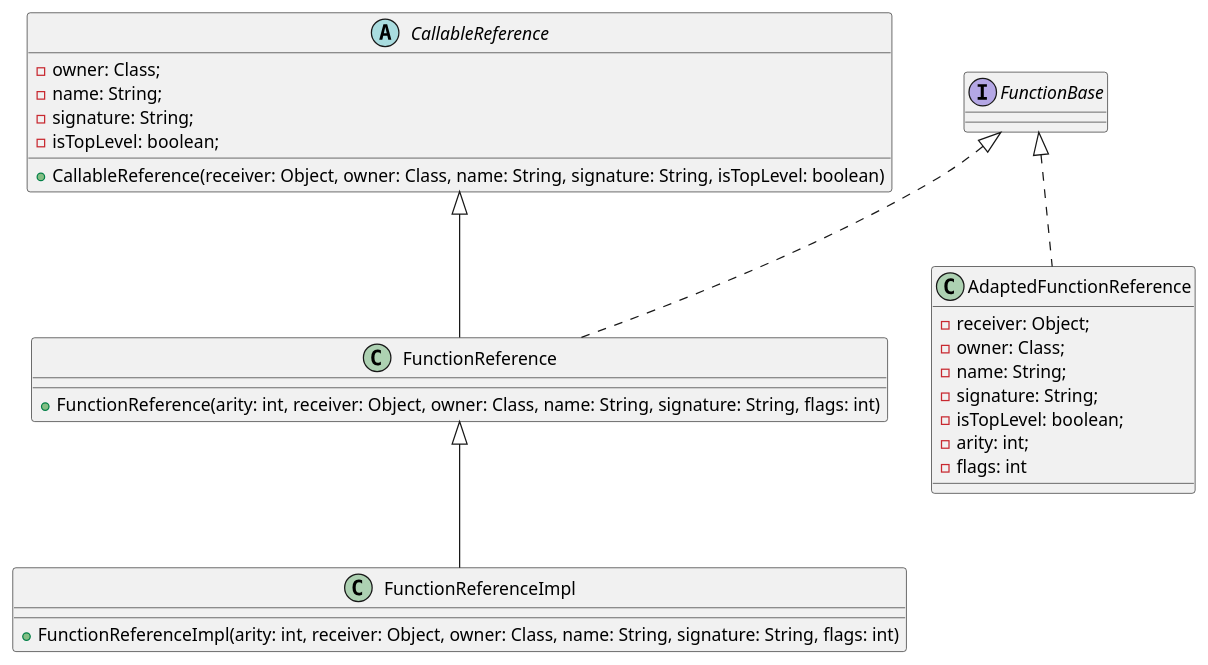
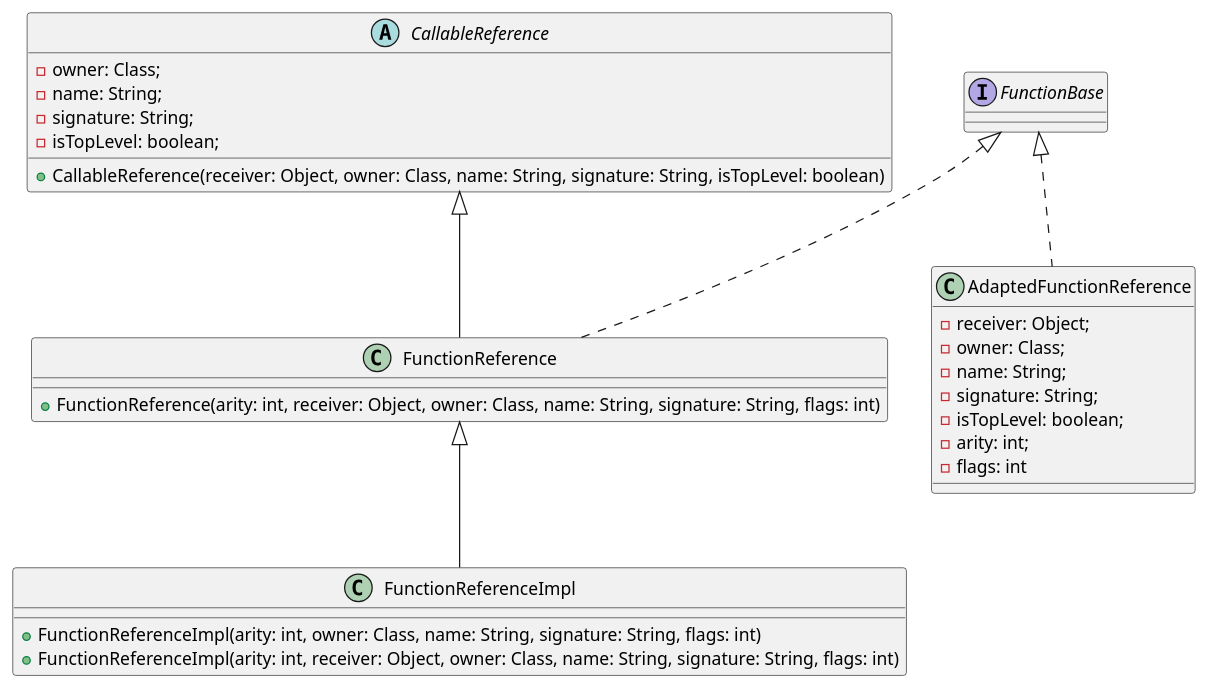
Before and after one commit to johnsonlee/blog: the diagram in source/_posts/do-you-really-know-kotlin-function.md, drawn with PlantUML.

Commit message:
Fix typo issue

````diff
--- a/source/_posts/do-you-really-know-kotlin-function.md
+++ b/source/_posts/do-you-really-know-kotlin-function.md
@@ -145,29 +145,30 @@
 ```plantuml
 @startuml
 abstract class CallableReference {
     - owner: Class;
     - name: String;
     - signature: String;
     - isTopLevel: boolean;
     + CallableReference(receiver: Object, owner: Class, name: String, signature: String, isTopLevel: boolean)
 }
 
 class FunctionReference extends CallableReference implements FunctionBase {
     + FunctionReference(arity: int, receiver: Object, owner: Class, name: String, signature: String, flags: int)
 }
 
 class FunctionReferenceImpl extends FunctionReference {
+    + FunctionReferenceImpl(arity: int, owner: Class, name: String, signature: String, flags: int)
     + FunctionReferenceImpl(arity: int, receiver: Object, owner: Class, name: String, signature: String, flags: int)
 }
 
 class AdaptedFunctionReference implements FunctionBase {
     - receiver: Object;
     - owner: Class;
     - name: String;
     - signature: String;
     - isTopLevel: boolean;
     - arity: int;
     - flags: int
 }
 @enduml
 ```
````
